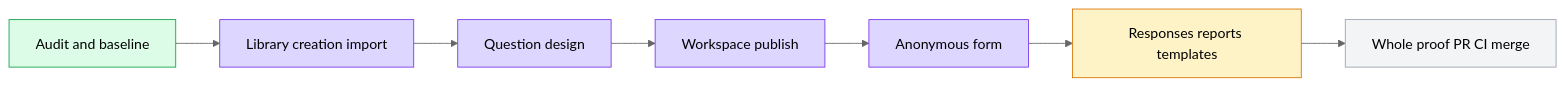
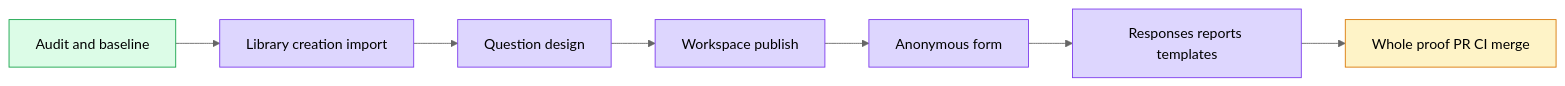
Before and after one commit to boardx/workspacex: the diagram in docs/design/i18n-survey-journey/plan.md, drawn with Mermaid (neutral theme). The commit also changed other lines of this file and 3 other files, not shown here.

Commit message:
docs(i18n): archive verified survey template continuity and error evidence

````diff
--- a/docs/design/i18n-survey-journey/plan.md
+++ b/docs/design/i18n-survey-journey/plan.md
@@ -28,13 +28,14 @@
 ```mermaid
 flowchart LR
  A[Audit and baseline] --> B[Library creation import] --> C[Question design] --> D[Workspace publish] --> E[Anonymous form] --> F[Responses reports templates] --> G[Whole proof PR CI merge]
  classDef active fill:#fef3c7,stroke:#d97706
  classDef tested fill:#ddd6fe,stroke:#7c3aed
  classDef done fill:#dcfce7,stroke:#16a34a
  classDef pending fill:#f3f4f6,stroke:#9ca3af
  class A done
  class B tested
  class C,D,E tested
- class F active
- class G pending
+ %% evidence F: evidence/i18n-survey-6221/task-5/green-affected.json and task-6/green-affected-final.json
+ class F tested
+ class G active
 ```
````
